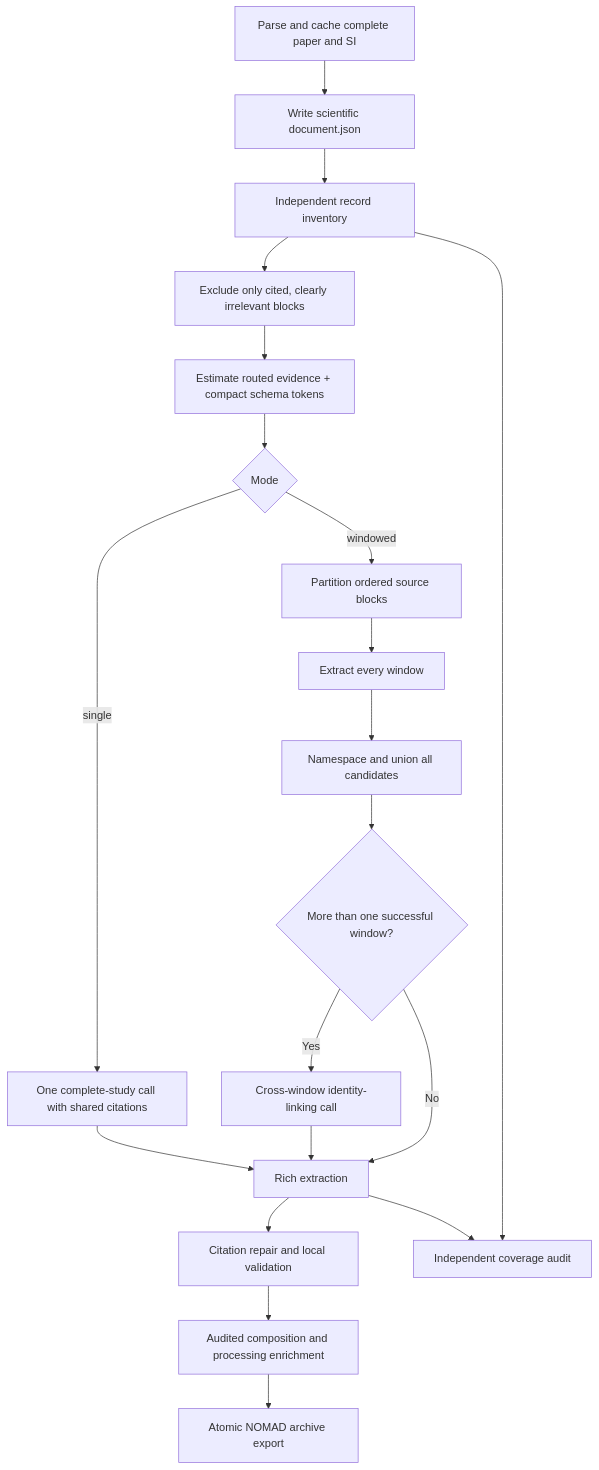
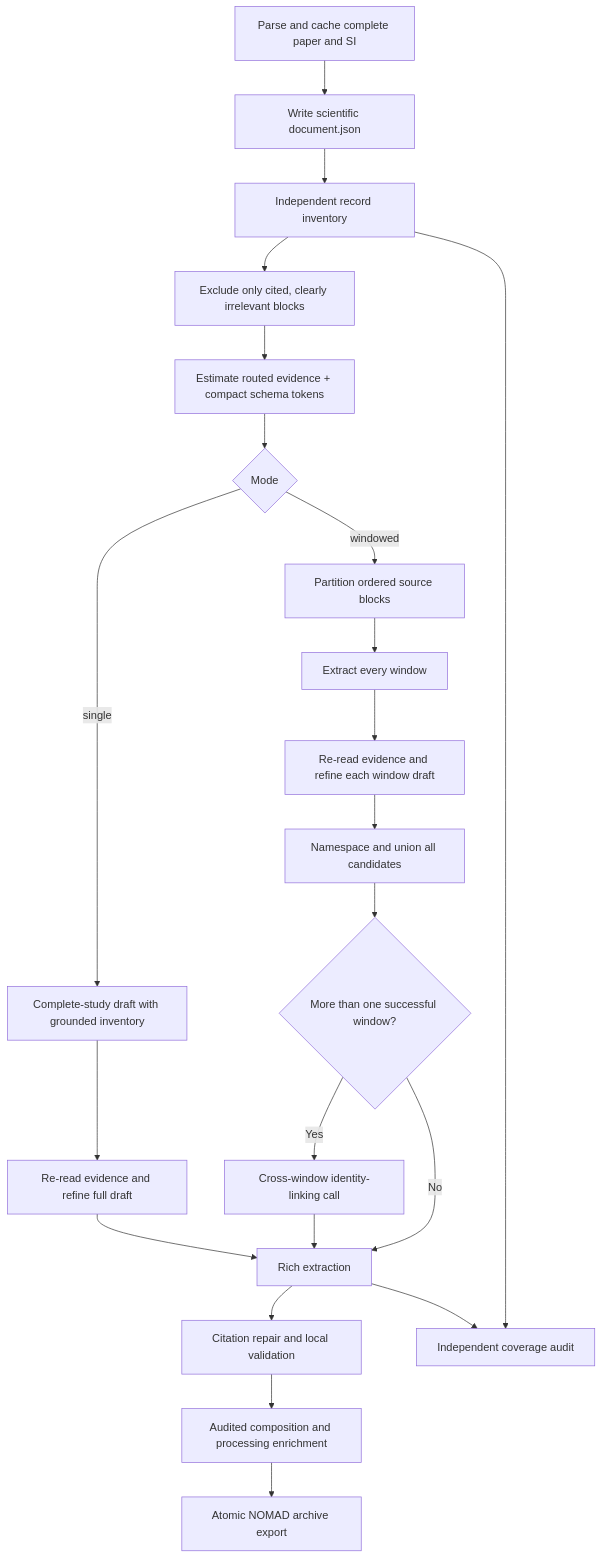
Before and after one commit to lamalab-org/perla-extract: the diagram in docs/workflows/extraction.md, drawn with Mermaid. The commit also changed other lines of this file and 19 other files, not shown here.

Commit message:
feat: add evidence-complete extraction refinement

````diff
--- a/docs/workflows/extraction.md
+++ b/docs/workflows/extraction.md
@@ -11,22 +11,24 @@
 ```mermaid
 flowchart TD
     A["Parse and cache complete paper and SI"] --> B["Write scientific document.json"]
     B --> C0["Independent record inventory"]
     C0 --> C1["Exclude only cited, clearly irrelevant blocks"]
     C1 --> C["Estimate routed evidence + compact schema tokens"]
     C --> D{"Mode"}
-    D -->|single| E["One complete-study call with shared citations"]
+    D -->|single| E["Complete-study draft with grounded inventory"]
     D -->|windowed| F["Partition ordered source blocks"]
     F --> G["Extract every window"]
-    G --> H["Namespace and union all candidates"]
+    E --> E2["Re-read evidence and refine full draft"]
+    G --> G2["Re-read evidence and refine each window draft"]
+    G2 --> H["Namespace and union all candidates"]
     H --> I{"More than one successful window?"}
     I -->|Yes| J["Cross-window identity-linking call"]
     I -->|No| K["Rich extraction"]
     J --> K
-    E --> K
+    E2 --> K
     K --> L["Citation repair and local validation"]
     L --> O["Audited composition and processing enrichment"]
     C0 --> N["Independent coverage audit"]
     K --> N
     O --> M["Atomic NOMAD archive export"]
 ```
````
